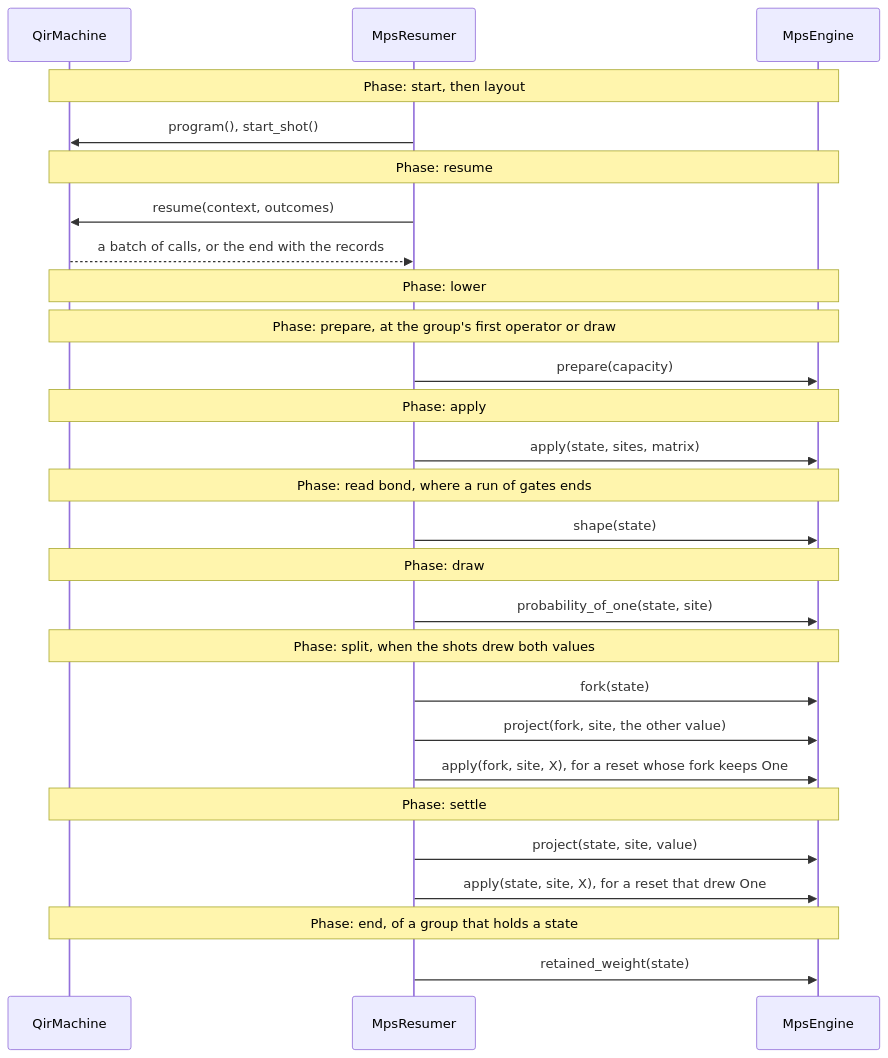
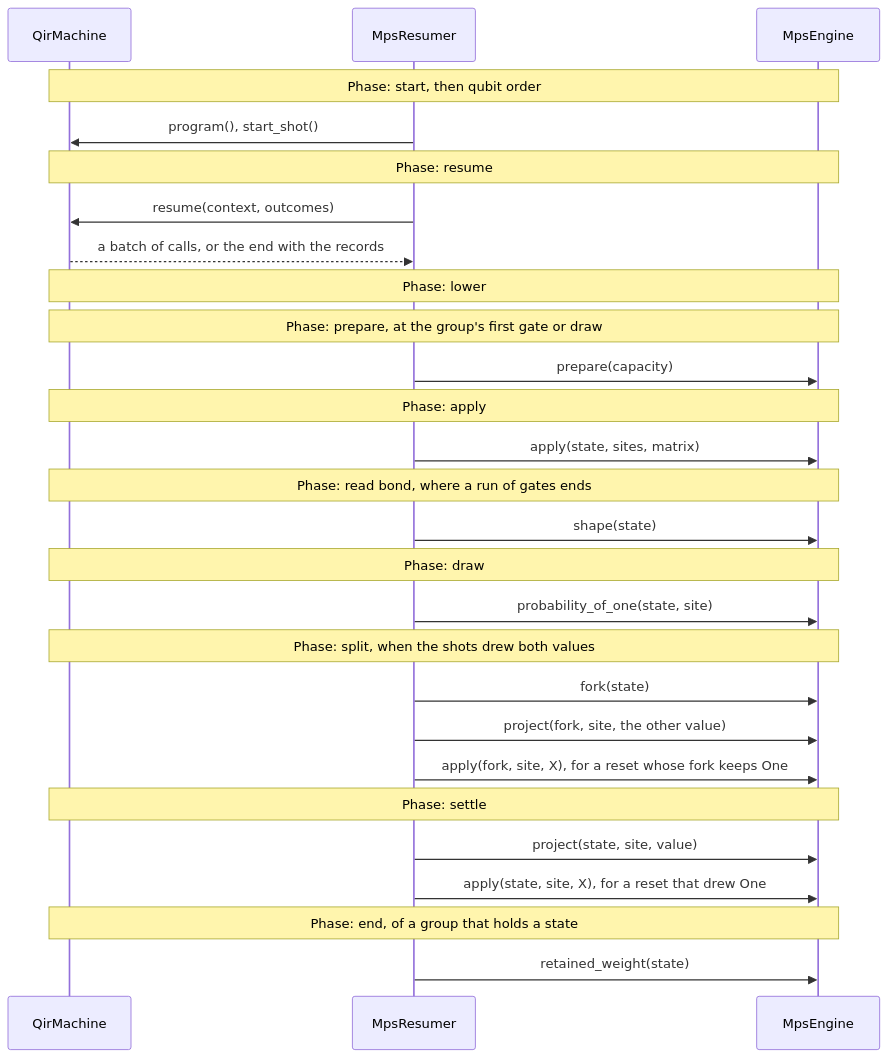
The diagram in source/simulators/src/mps_simulator/design.md (microsoft/qdk), drawn with Mermaid before and after one commit. The commit also changed other lines of this file and 10 other files, not shown here.

Commit message:
qdk_simulators: name the MPS simulator's steps, gates and groups for what they hold (SiteStep, SiteGate, ShotGroup, qubit order)

````diff
--- a/source/simulators/src/mps_simulator/design.md
+++ b/source/simulators/src/mps_simulator/design.md
@@ -14,29 +14,29 @@
 ```mermaid
 sequenceDiagram
   participant M as QirMachine
   participant R as MpsResumer
   participant E as MpsEngine
-  Note over M,E: Phase: start, then layout
+  Note over M,E: Phase: start, then qubit order
   R->>M: program(), start_shot()
   Note over M,E: Phase: resume
   R->>M: resume(context, outcomes)
   M-->>R: a batch of calls, or the end with the records
   Note over M,E: Phase: lower
-  Note over M,E: Phase: prepare, at the group's first operator or draw
+  Note over M,E: Phase: prepare, at the group's first gate or draw
   R->>E: prepare(capacity)
   Note over M,E: Phase: apply
   R->>E: apply(state, sites, matrix)
   Note over M,E: Phase: read bond, where a run of gates ends
   R->>E: shape(state)
   Note over M,E: Phase: draw
   R->>E: probability_of_one(state, site)
   Note over M,E: Phase: split, when the shots drew both values
   R->>E: fork(state)
   R->>E: project(fork, site, the other value)
   R->>E: apply(fork, site, X), for a reset whose fork keeps One
   Note over M,E: Phase: settle
   R->>E: project(state, site, value)
   R->>E: apply(state, site, X), for a reset that drew One
   Note over M,E: Phase: end, of a group that holds a state
   R->>E: retained_weight(state)
 ```
````
